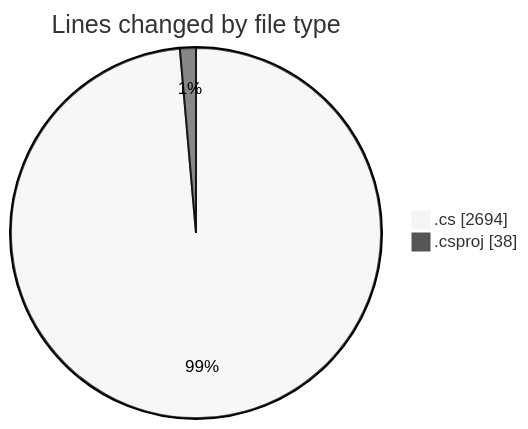
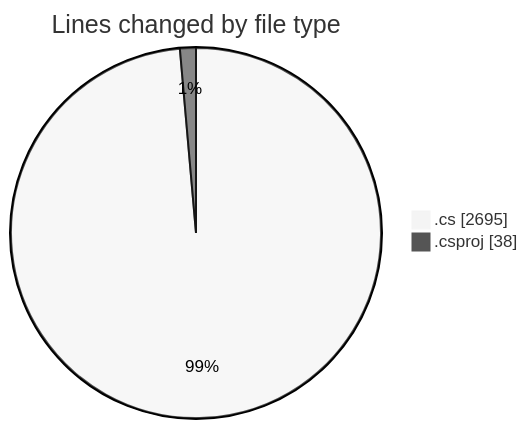
One commit to Netris89/code-tracking changed the first of 2 diagrams in 2025-04-02/back-end/README.md. Above: the diagram before and after it, drawn with Mermaid (neutral theme). The commit also changed other lines of this file and 1 other file, not shown here.

````diff
--- a/2025-04-02/back-end/README.md
+++ b/2025-04-02/back-end/README.md
@@ -31,6 +31,6 @@
 ```mermaid
 pie showData
 title Lines changed by file type
-".cs" : 2694
+".cs" : 2695
 ".csproj" : 38
 ```
````
